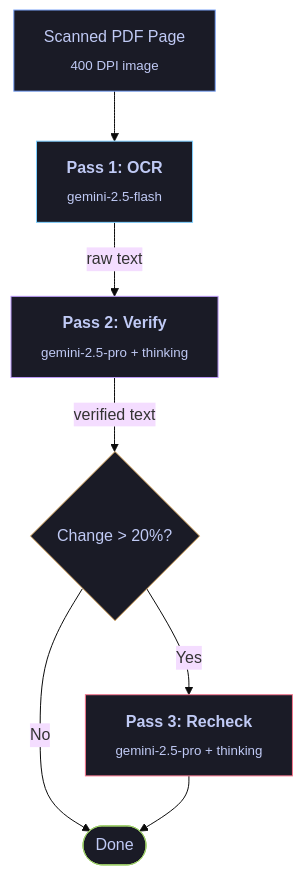
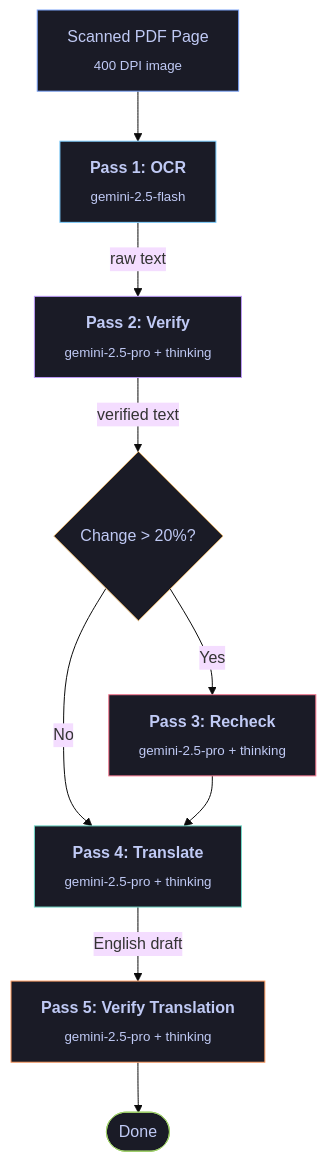
The diagram in README.md (SangeethsivanSivakumar/Akshara), drawn with Mermaid (base theme) before and after one commit. The commit also changed other lines of this file and 2 other files, not shown here.

First line of the commit message:
Enhance OCR tool with translation capabilities and improved output management

````diff
--- a/README.md
+++ b/README.md
@@ -60,16 +73,20 @@
 ```mermaid
 flowchart TD
     A["Scanned PDF Page<br/><sub>400 DPI image</sub>"] --> B["<b>Pass 1: OCR</b><br/><sub>gemini-2.5-flash</sub>"]
     B -->|raw text| C["<b>Pass 2: Verify</b><br/><sub>gemini-2.5-pro + thinking</sub>"]
     C -->|verified text| D{"Change > 20%?"}
     D -->|Yes| E["<b>Pass 3: Recheck</b><br/><sub>gemini-2.5-pro + thinking</sub>"]
-    D -->|No| F(["Done"])
+    D -->|No| F["<b>Pass 4: Translate</b><br/><sub>gemini-2.5-pro + thinking</sub>"]
     E --> F
+    F -->|English draft| G["<b>Pass 5: Verify Translation</b><br/><sub>gemini-2.5-pro + thinking</sub>"]
+    G --> H(["Done"])
 
     style A fill:#1a1b26,stroke:#7aa2f7,color:#c0caf5
     style B fill:#1a1b26,stroke:#7dcfff,color:#c0caf5
     style C fill:#1a1b26,stroke:#bb9af7,color:#c0caf5
     style D fill:#1a1b26,stroke:#e0af68,color:#c0caf5
     style E fill:#1a1b26,stroke:#f7768e,color:#c0caf5
-    style F fill:#1a1b26,stroke:#9ece6a,color:#c0caf5
+    style F fill:#1a1b26,stroke:#73daca,color:#c0caf5
+    style G fill:#1a1b26,stroke:#ff9e64,color:#c0caf5
+    style H fill:#1a1b26,stroke:#9ece6a,color:#c0caf5
 ```
````
